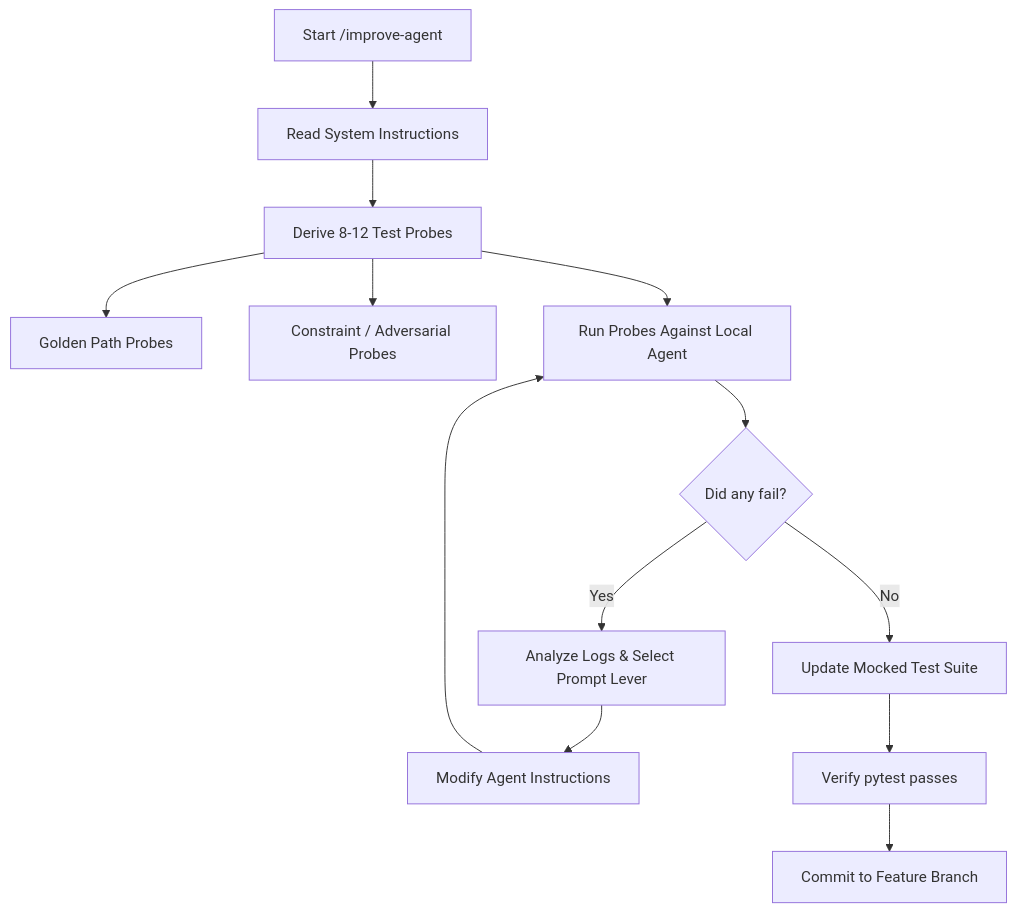
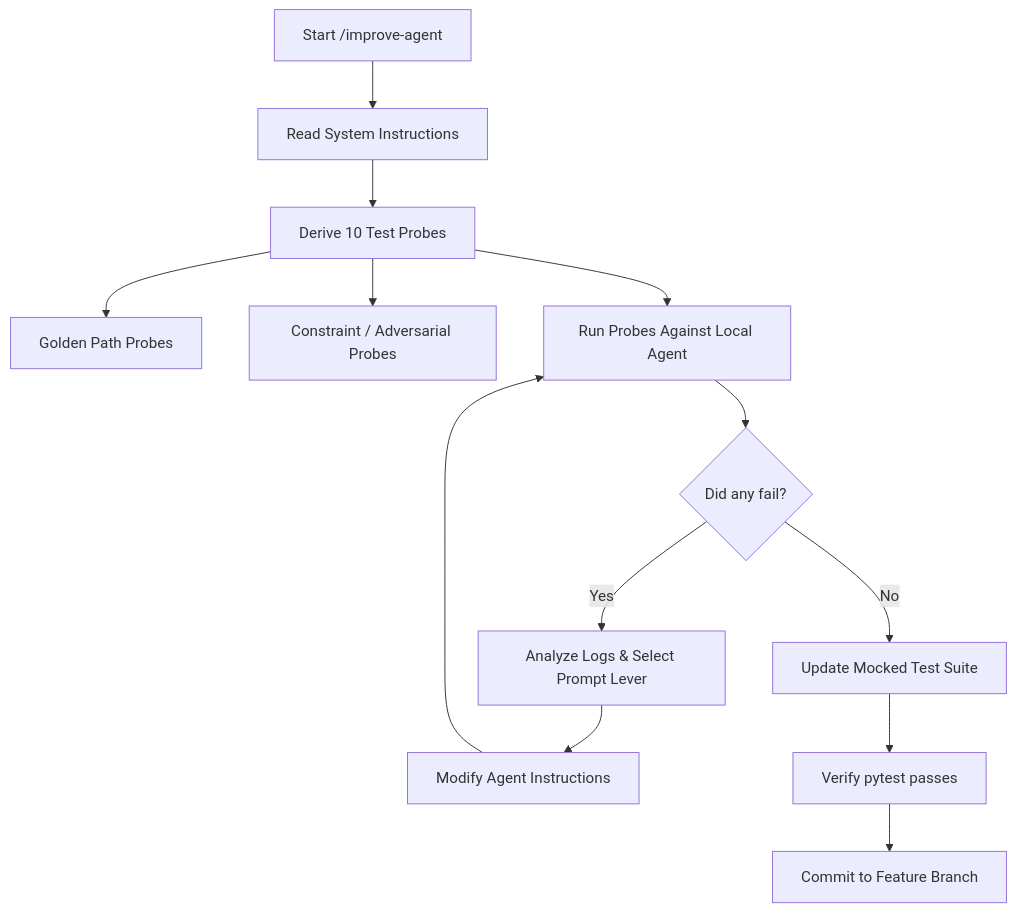
One commit to cloudbloqavi/recursive-agentic-improvements changed the second of 2 diagrams in QUICKSTART.md. Above: the diagram before and after it, drawn with Mermaid. The commit also changed 6 other files, not shown here.

````diff
--- a/QUICKSTART.md
+++ b/QUICKSTART.md
@@ -53,15 +53,15 @@
 ```mermaid
 graph TD
     A[Start /improve-agent] --> B[Read System Instructions]
-    B --> C[Derive 8-12 Test Probes]
+    B --> C[Derive 10 Test Probes]
     C --> C1[Golden Path Probes]
     C --> C2[Constraint / Adversarial Probes]
     C --> D[Run Probes Against Local Agent]
     D --> E{Did any fail?}
     E -->|Yes| F[Analyze Logs & Select Prompt Lever]
     F --> G[Modify Agent Instructions]
     G --> D
     E -->|No| H[Update Mocked Test Suite]
     H --> I[Verify pytest passes]
     I --> J[Commit to Feature Branch]
 ```
````
